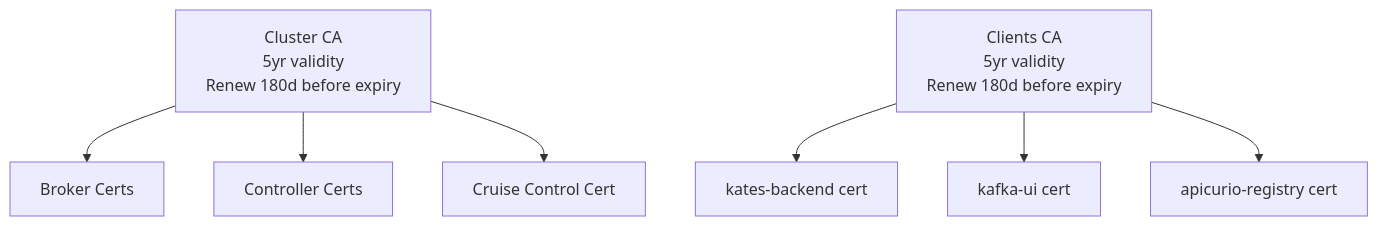
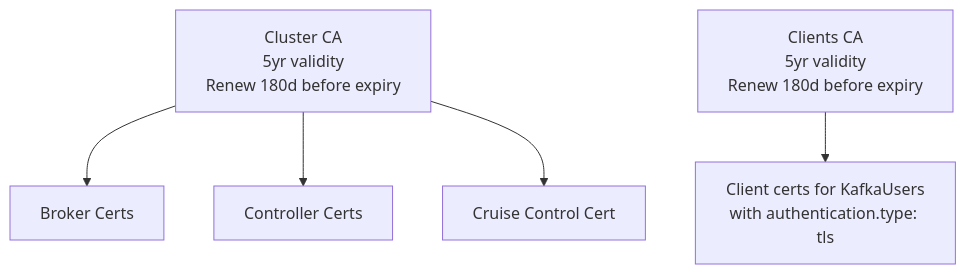
The fourth of 6 diagrams in docs/book/17-security.md (actions-marketplace-validations/bmscomp_kates), drawn with Mermaid before and after one commit. The commit also changed other lines of this file and 23 other files, not shown here.

````diff
--- a/docs/book/17-security.md
+++ b/docs/book/17-security.md
@@ -283,10 +286,8 @@
 ```mermaid
 graph TD
     ClusterCA["Cluster CA<br/>5yr validity<br/>Renew 180d before expiry"] --> BrokerCert["Broker Certs"]
     ClusterCA --> ControllerCert["Controller Certs"]
     ClusterCA --> CCCert["Cruise Control Cert"]
 
-    ClientsCA["Clients CA<br/>5yr validity<br/>Renew 180d before expiry"] --> UserCert1["kates-backend cert"]
-    ClientsCA --> UserCert2["kafka-ui cert"]
-    ClientsCA --> UserCert3["apicurio-registry cert"]
+    ClientsCA["Clients CA<br/>5yr validity<br/>Renew 180d before expiry"] --> UserCert["Client certs for KafkaUsers<br/>with authentication.type: tls"]
 ```
````
